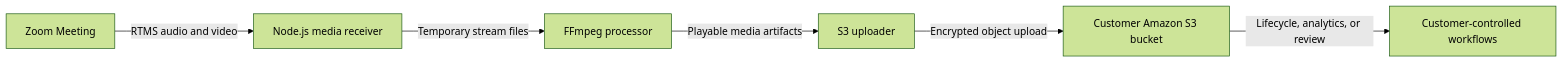
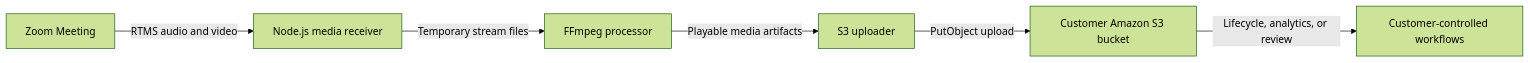
One commit to zoom/blueprints changed the diagram in blueprints/archive-meeting-media-to-s3/index.md. Above: the diagram before and after it, drawn with Mermaid (forest theme). The commit also changed other lines of this file and 1 other file, not shown here.

````diff
--- a/blueprints/archive-meeting-media-to-s3/index.md
+++ b/blueprints/archive-meeting-media-to-s3/index.md
@@ -37,8 +55,8 @@
 ```mermaid
 flowchart LR
     A[Zoom Meeting] -->|RTMS audio and video| B[Node.js media receiver]
     B -->|Temporary stream files| C[FFmpeg processor]
     C -->|Playable media artifacts| D[S3 uploader]
-    D -->|Encrypted object upload| E[Customer Amazon S3 bucket]
+    D -->|PutObject upload| E[Customer Amazon S3 bucket]
     E -->|Lifecycle, analytics, or review| F[Customer-controlled workflows]
 ```
````
